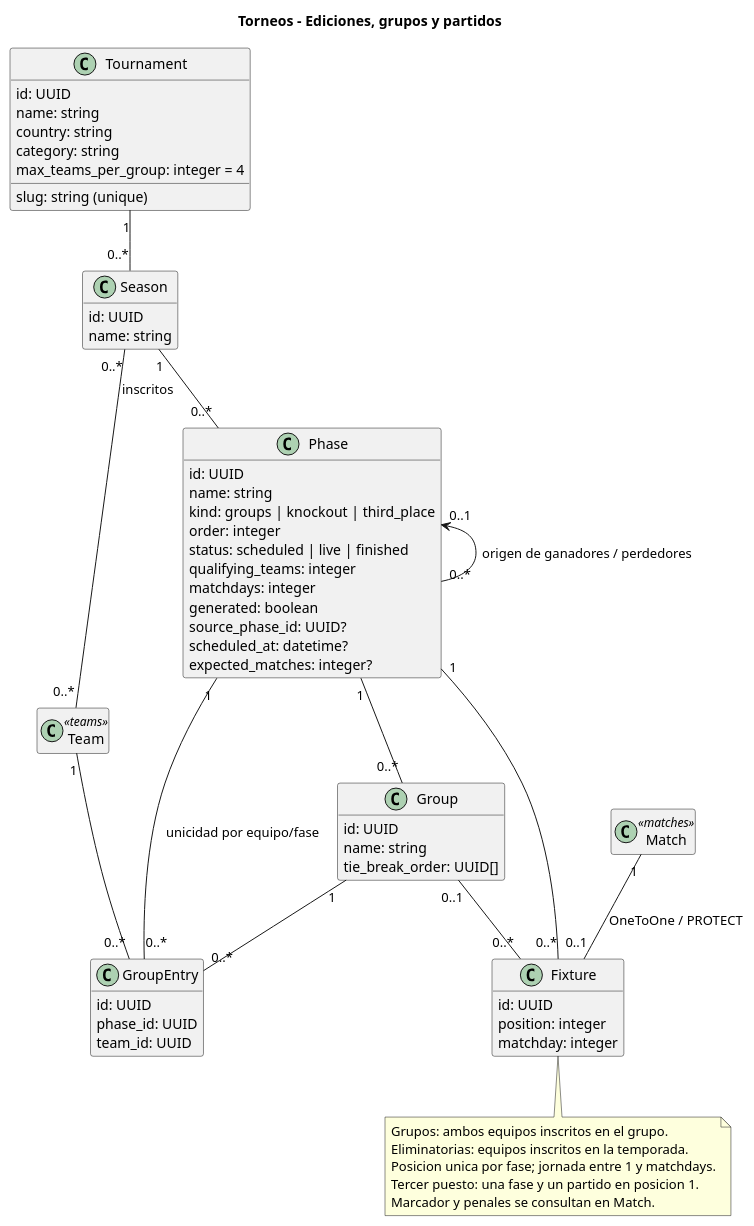
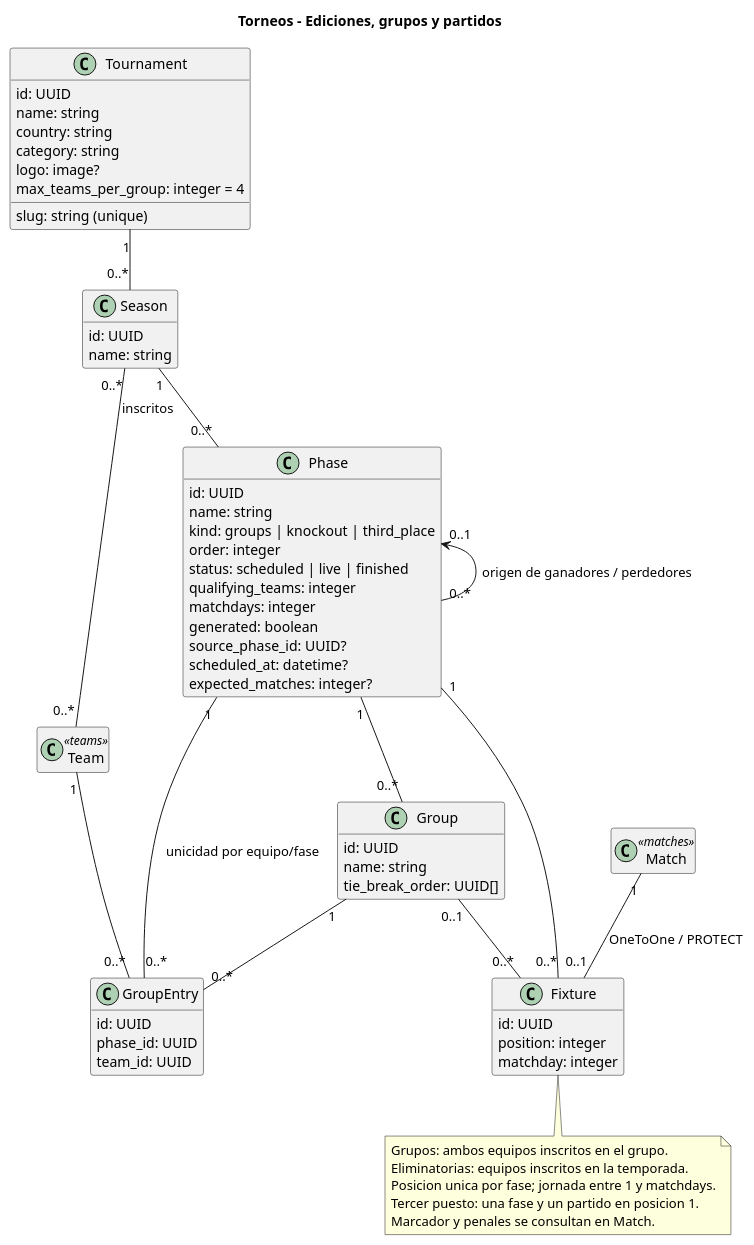
The diagram in docs/diagrams/domain/tournaments.puml (JaredDet/Match-Day), drawn with PlantUML before and after one commit. The commit also changed 38 other files, not shown here.

```diff
--- a/docs/diagrams/domain/tournaments.puml
+++ b/docs/diagrams/domain/tournaments.puml
@@ -1,64 +1,65 @@
 @startuml TournamentsDomain
 title Torneos - Ediciones, grupos y partidos
 hide empty members
 class Tournament {
   id: UUID
   slug: string (unique)
   name: string
   country: string
   category: string
+  logo: image?
   max_teams_per_group: integer = 4
 }
 class Season {
   id: UUID
   name: string
 }
 class Phase {
   id: UUID
   name: string
   kind: groups | knockout | third_place
   order: integer
   status: scheduled | live | finished
   qualifying_teams: integer
   matchdays: integer
   generated: boolean
   source_phase_id: UUID?
   scheduled_at: datetime?
   expected_matches: integer?
 }
 class Group {
   id: UUID
   name: string
   tie_break_order: UUID[]
 }
 class GroupEntry {
   id: UUID
   phase_id: UUID
   team_id: UUID
 }
 class Fixture {
   id: UUID
   position: integer
   matchday: integer
 }
 class Team <<teams>>
 class Match <<matches>>
 Tournament "1" -- "0..*" Season
 Season "0..*" -- "0..*" Team : inscritos
 Season "1" -- "0..*" Phase
 Phase "0..1" <-- "0..*" Phase : origen de ganadores / perdedores
 Phase "1" -- "0..*" Group
 Group "1" -- "0..*" GroupEntry
 Phase "1" -- "0..*" GroupEntry : unicidad por equipo/fase
 Team "1" -- "0..*" GroupEntry
 Phase "1" -- "0..*" Fixture
 Group "0..1" -- "0..*" Fixture
 Match "1" -- "0..1" Fixture : OneToOne / PROTECT
 note bottom of Fixture
   Grupos: ambos equipos inscritos en el grupo.
   Eliminatorias: equipos inscritos en la temporada.
   Posicion unica por fase; jornada entre 1 y matchdays.
   Tercer puesto: una fase y un partido en posicion 1.
   Marcador y penales se consultan en Match.
 end note
 @enduml
```
